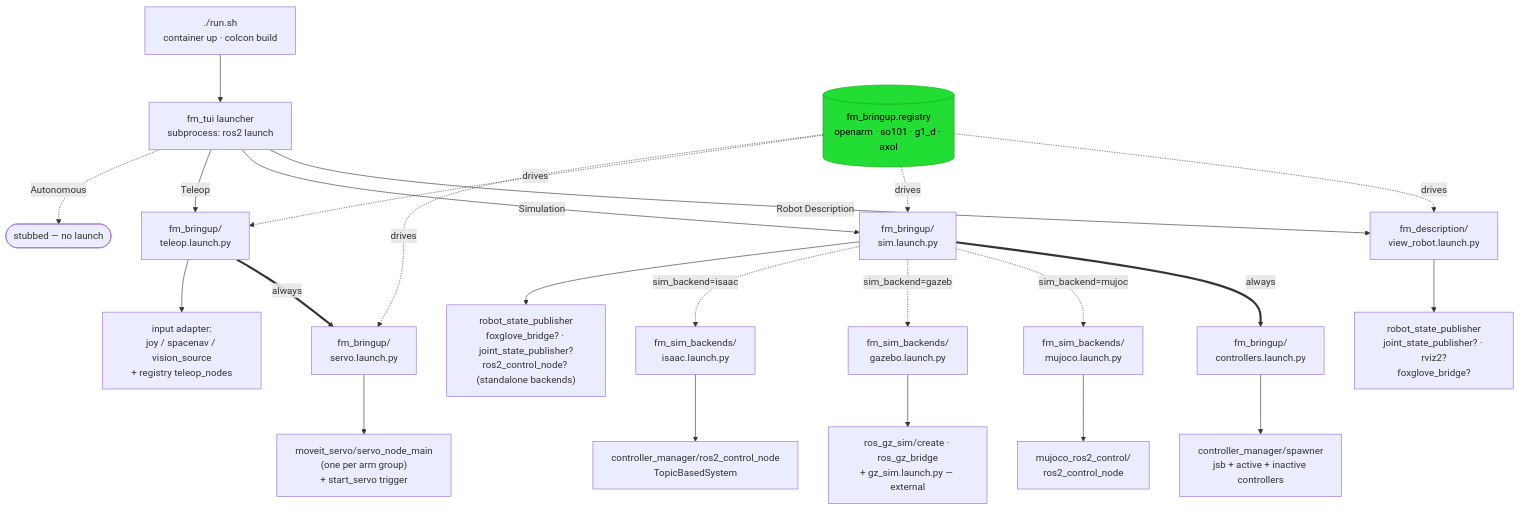
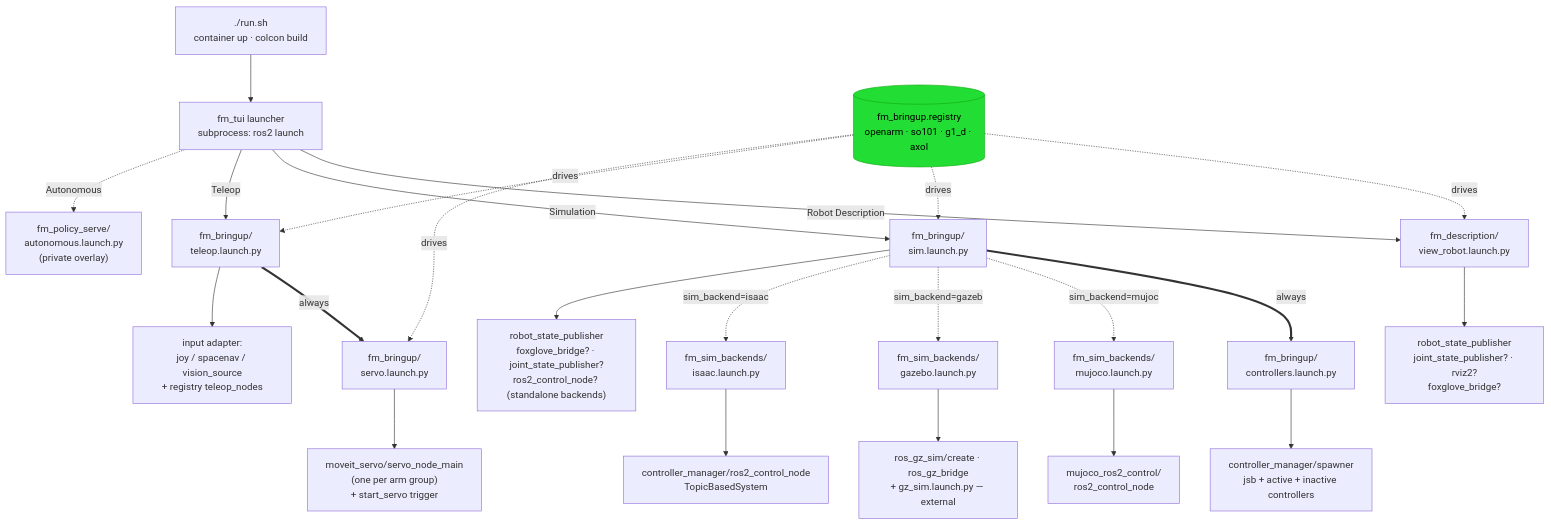
Before and after one commit to first-motive/fm-app: the first of 2 diagrams in docs/ARCHITECTURE.md, drawn with Mermaid. The commit also changed other lines of this file and 15 other files, not shown here.

````diff
--- a/docs/ARCHITECTURE.md
+++ b/docs/ARCHITECTURE.md
@@ -54,39 +55,39 @@
 ```mermaid
 flowchart TD
     run["./run.sh<br/>container up · colcon build"]
     run --> tui["fm_tui launcher<br/>subprocess: ros2 launch"]
     reg[("fm_bringup.registry<br/>openarm · so101 · g1_d · axol")]
 
     tui -->|Robot Description| view["fm_description/<br/>view_robot.launch.py"]
     tui -->|Simulation| sim["fm_bringup/<br/>sim.launch.py"]
     tui -->|Teleop| teleop["fm_bringup/<br/>teleop.launch.py"]
-    tui -.->|Autonomous| stub(["stubbed — no launch"])
+    tui -.->|Autonomous| auto["fm_policy_serve/<br/>autonomous.launch.py<br/>(private overlay)"]
 
     %% sim subtree
     sim ==>|always| ctrl["fm_bringup/<br/>controllers.launch.py"]
     sim -.sim_backend=mujoco.-> muj["fm_sim_backends/<br/>mujoco.launch.py"]
     sim -.sim_backend=gazebo.-> gz["fm_sim_backends/<br/>gazebo.launch.py"]
     sim -.sim_backend=isaac.-> isaac["fm_sim_backends/<br/>isaac.launch.py"]
 
     %% teleop subtree
     teleop ==>|always| servo["fm_bringup/<br/>servo.launch.py"]
 
     %% node spawns
     view --> vn["robot_state_publisher<br/>joint_state_publisher? · rviz2?<br/>foxglove_bridge?"]
     sim --> sn["robot_state_publisher<br/>foxglove_bridge? · joint_state_publisher?<br/>ros2_control_node? (standalone backends)"]
     ctrl --> cn["controller_manager/spawner<br/>jsb + active + inactive controllers"]
     servo --> svn["moveit_servo/servo_node_main<br/>(one per arm group)<br/>+ start_servo trigger"]
     teleop --> tn["input adapter:<br/>joy / spacenav / vision_source<br/>+ registry teleop_nodes"]
     muj --> mn["mujoco_ros2_control/<br/>ros2_control_node"]
     gz --> gn["ros_gz_sim/create · ros_gz_bridge<br/>+ gz_sim.launch.py — external"]
     isaac --> in2["controller_manager/ros2_control_node<br/>TopicBasedSystem"]
 
     reg -.drives.-> view
     reg -.drives.-> sim
     reg -.drives.-> teleop
     reg -.drives.-> servo
 
     classDef ext fill:#444,stroke:#888,color:#ddd;
     classDef reg fill:#2d3,stroke:#1a1,color:#000;
     class reg reg;
 ```
````
